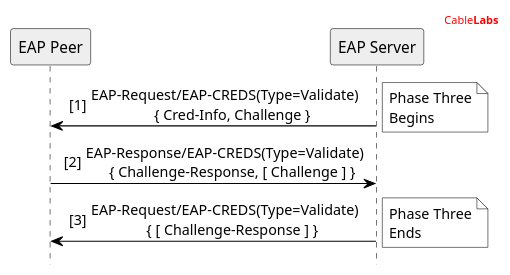
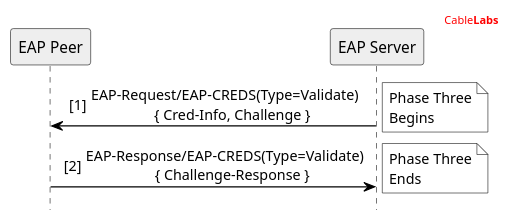
One commit to openca/eap-creds changed the diagram in UML/EAP-CREDS Phase Three Flow.puml. Above: the diagram before and after it, drawn with PlantUML. The commit also changed 5 other files, not shown here.

```diff
--- a/UML/EAP-CREDS Phase Three Flow.puml
+++ b/UML/EAP-CREDS Phase Three Flow.puml
@@ -2,39 +2,37 @@
 @startuml
 
 '' header information
 header
 <font color="red">Cable<b>Labs</b></font>
 endheader
 
 '' Use this to hide the foot boxes
 hide footbox
 
 skinparam sequenceMessageAlign center
 skinparam NoteBorderColor black
 '' skinparam BackgroundColor #ddd
 
 skinparam sequence {
 	borderColor black
 	ArrowColor black
 	ActorBorderColor black
 	ParticipantBorderColor black
 	LifeLineBorderColor black
 	LifeLineBackgroundColor white
 }
 
 '' Participants Declaration
 Participant "EAP Peer" as P #eee
 Participant "EAP Server" as S #eee
 
 autonumber 1 "[##]"
 S->P: EAP-Request/EAP-CREDS(Type=Validate)\n    { Cred-Info, Challenge }
 note right #fff: Phase Three\nBegins
 
-P->S: EAP-Response/EAP-CREDS(Type=Validate)\n    { Challenge-Response, [ Challenge ] }
-
-S->P: EAP-Request/EAP-CREDS(Type=Validate)\n    { [ Challenge-Response ] }
+P->S: EAP-Response/EAP-CREDS(Type=Validate)\n    { Challenge-Response }
 
 note right #fff: Phase Three\nEnds
 
 
 @enduml
```
